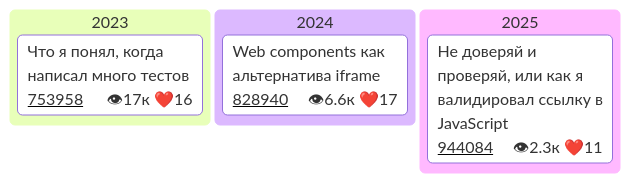
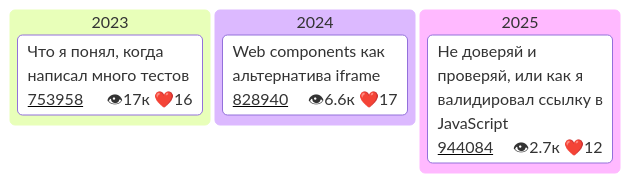
Before and after one commit to Goodzonchik/Goodzonchik: the fourth of 4 diagrams in README.md, drawn with Mermaid.

````diff
--- a/README.md
+++ b/README.md
@@ -50,24 +50,24 @@
 ```mermaid
 ---
 config:
   kanban:
     ticketBaseUrl: 'https://habr.com/ru/companies/tbank/articles/#TICKET#'
 
 ---
 kanban
   2023
     card1["Что я понял, когда написал много тестов"]@{
       ticket: 753958
       assigned: 👁17к ❤️16
     }
   2024
     card2["Web components как альтернатива iframe"]@{
       ticket: 828940
       assigned: 👁6.6к ❤️17
     }
   2025
     card3["Не доверяй и проверяй, или как я валидировал ссылку в JavaScript"]@{
       ticket: 944084
-      assigned: 👁2.3к ❤️11
+      assigned: 👁2.7к ❤️12
     }
 ```
````
